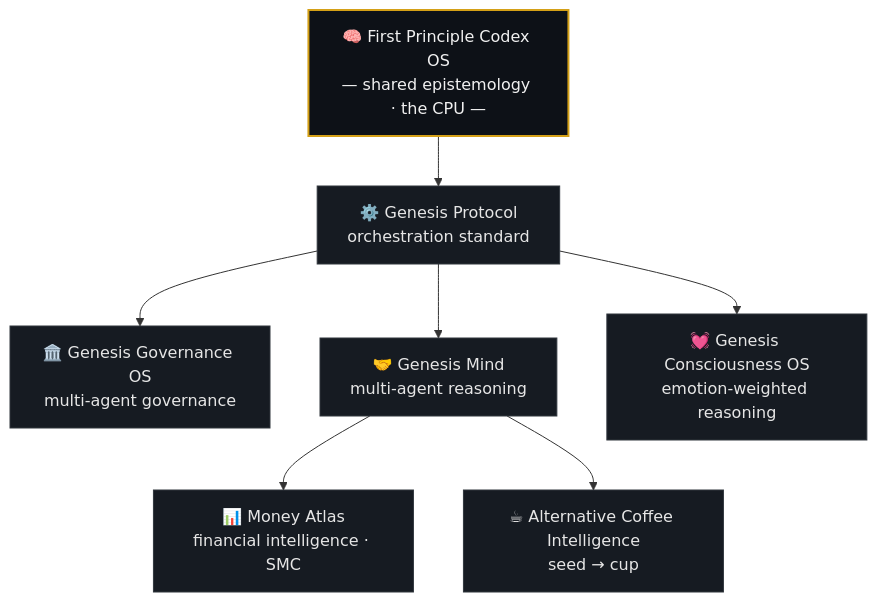
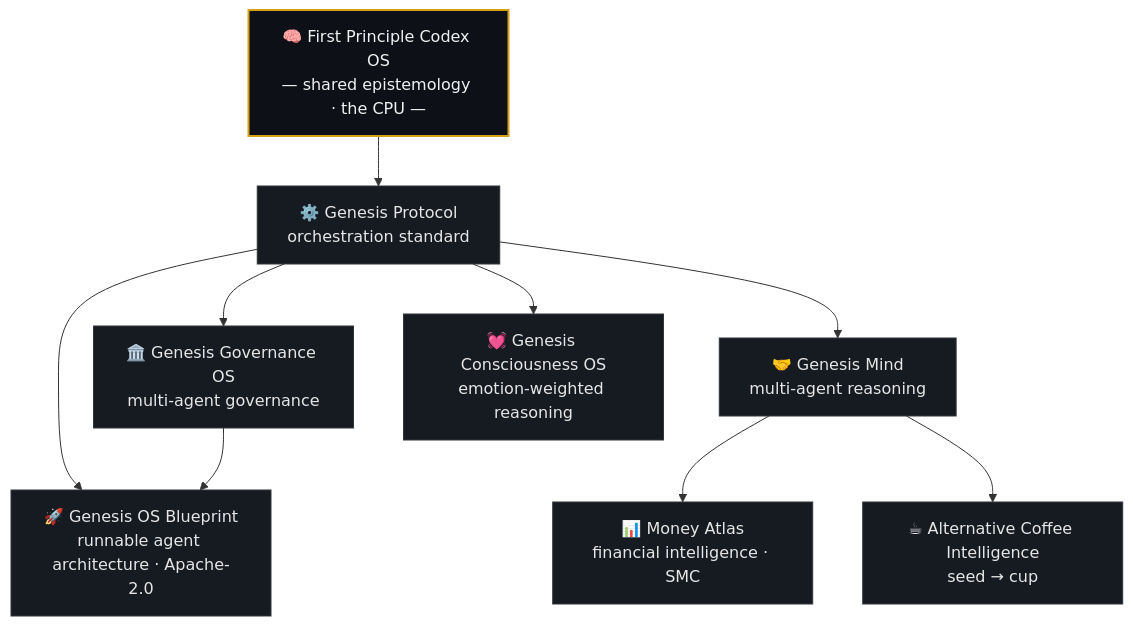
Before and after one commit to ElmatadorZ/ElmatadorZ: the diagram in README.md, drawn with Mermaid. The commit also changed other lines of this file, not shown here.

Commit message:
Add Genesis OS — Cognitive Agent Architecture Blueprint (Apache-2.0) to the ecosystem

````diff
--- a/README.md
+++ b/README.md
@@ -50,22 +58,24 @@
 ```mermaid
 graph TD
     FPCOS["🧠 First Principle Codex OS<br/>— shared epistemology · the CPU —"]
     GP["⚙️ Genesis Protocol<br/>orchestration standard"]
     GGOV["🏛️ Genesis Governance OS<br/>multi-agent governance"]
     GM["🤝 Genesis Mind<br/>multi-agent reasoning"]
     GC["💓 Genesis Consciousness OS<br/>emotion-weighted reasoning"]
     MA["📊 Money Atlas<br/>financial intelligence · SMC"]
     COF["☕ Alternative Coffee Intelligence<br/>seed → cup"]
 
     FPCOS --> GP
     GP --> GGOV
     GP --> GM
     GP --> GC
     GM --> MA
     GM --> COF
+    GP --> GOSB["🚀 Genesis OS Blueprint<br/>runnable agent architecture · Apache-2.0"]
+    GGOV --> GOSB
 
     classDef base fill:#0d1117,stroke:#d4a017,stroke-width:2px,color:#f0f0f0;
     classDef node fill:#161b22,stroke:#30363d,stroke-width:1px,color:#e6e6e6;
     class FPCOS base;
-    class GP,GGOV,GM,GC,MA,COF node;
+    class GP,GGOV,GM,GC,MA,COF,GOSB node;
 ```
````
